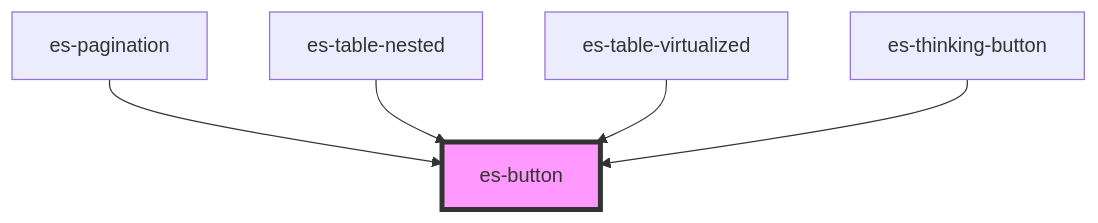
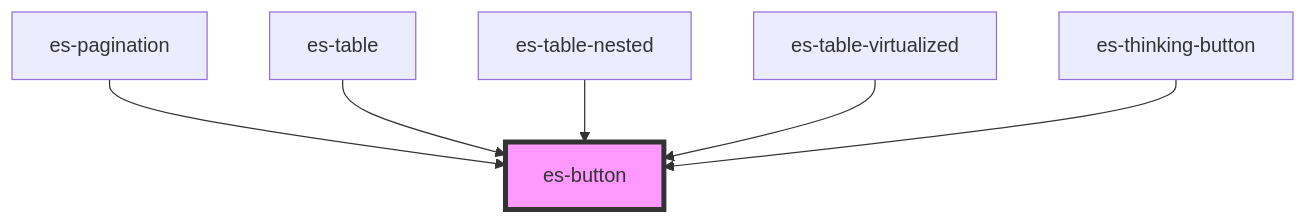
The diagram in packages/components/src/components/buttons/es-button/readme.md (EventStore/Design-System), drawn with Mermaid before and after one commit. The commit also changed other lines of this file and 10 other files, not shown here.

````diff
--- a/packages/components/src/components/buttons/es-button/readme.md
+++ b/packages/components/src/components/buttons/es-button/readme.md
@@ -101,8 +102,9 @@
 ```mermaid
 graph TD;
   es-pagination --> es-button
+  es-table --> es-button
   es-table-nested --> es-button
   es-table-virtualized --> es-button
   es-thinking-button --> es-button
   style es-button fill:#f9f,stroke:#333,stroke-width:4px
 ```
````
